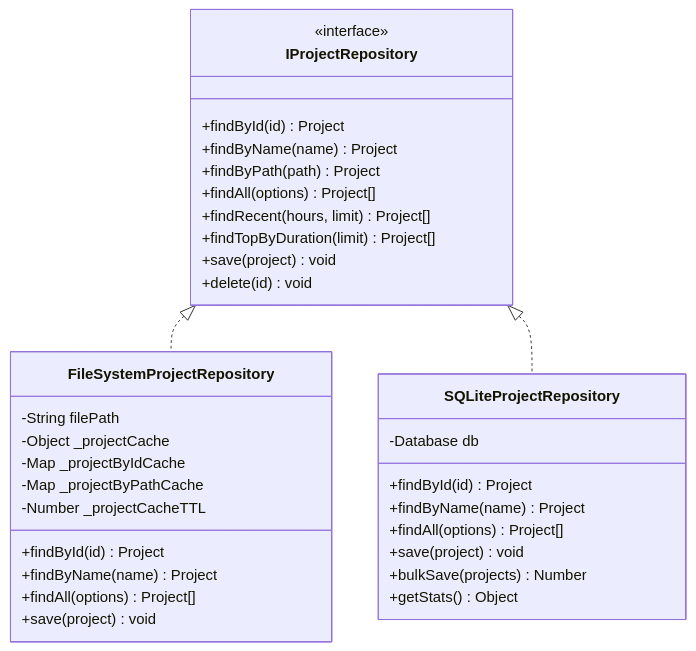
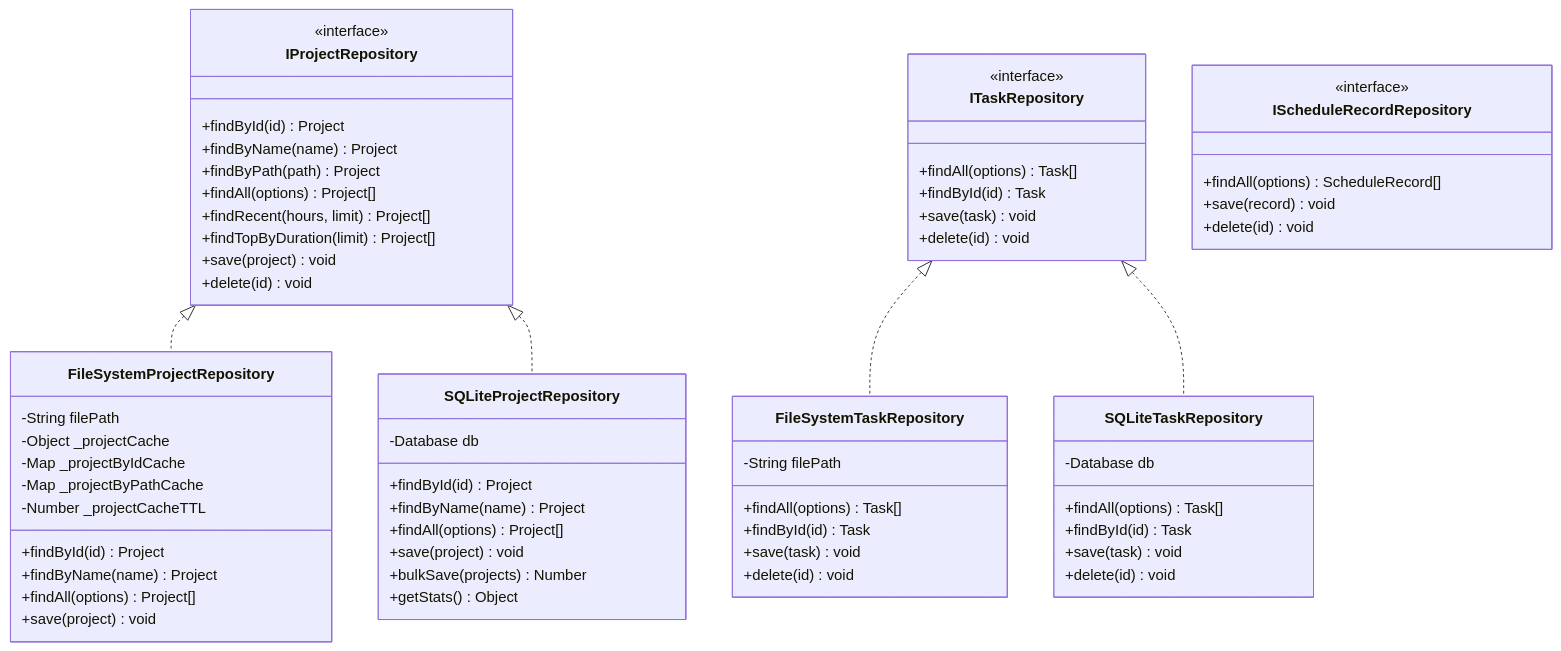
Before and after one commit to Data-Wise/atlas: the ninth of 16 diagrams in docs/ARCHITECTURE.md, drawn with Mermaid. The commit also changed other lines of this file and 12 other files, not shown here.

````diff
--- a/docs/ARCHITECTURE.md
+++ b/docs/ARCHITECTURE.md
@@ -481,39 +533,72 @@
 ```mermaid
 classDiagram
     class IProjectRepository {
         <<interface>>
         +findById(id) Project
         +findByName(name) Project
         +findByPath(path) Project
         +findAll(options) Project[]
         +findRecent(hours, limit) Project[]
         +findTopByDuration(limit) Project[]
         +save(project) void
+        +delete(id) void
+    }
+
+    class ITaskRepository {
+        <<interface>>
+        +findAll(options) Task[]
+        +findById(id) Task
+        +save(task) void
+        +delete(id) void
+    }
+
+    class IScheduleRecordRepository {
+        <<interface>>
+        +findAll(options) ScheduleRecord[]
+        +save(record) void
         +delete(id) void
     }
 
     class FileSystemProjectRepository {
         -String filePath
         -Object _projectCache
         -Map _projectByIdCache
         -Map _projectByPathCache
         -Number _projectCacheTTL
         +findById(id) Project
         +findByName(name) Project
         +findAll(options) Project[]
         +save(project) void
     }
 
+    class FileSystemTaskRepository {
+        -String filePath
+        +findAll(options) Task[]
+        +findById(id) Task
+        +save(task) void
+        +delete(id) void
+    }
+
     class SQLiteProjectRepository {
         -Database db
         +findById(id) Project
         +findByName(name) Project
         +findAll(options) Project[]
         +save(project) void
         +bulkSave(projects) Number
         +getStats() Object
     }
 
+    class SQLiteTaskRepository {
+        -Database db
+        +findAll(options) Task[]
+        +findById(id) Task
+        +save(task) void
+        +delete(id) void
+    }
+
     IProjectRepository <|.. FileSystemProjectRepository
     IProjectRepository <|.. SQLiteProjectRepository
+    ITaskRepository <|.. FileSystemTaskRepository
+    ITaskRepository <|.. SQLiteTaskRepository
 ```
````
